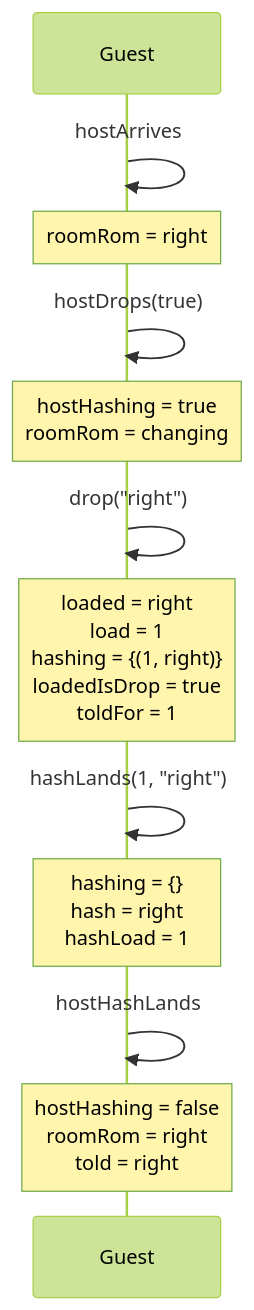
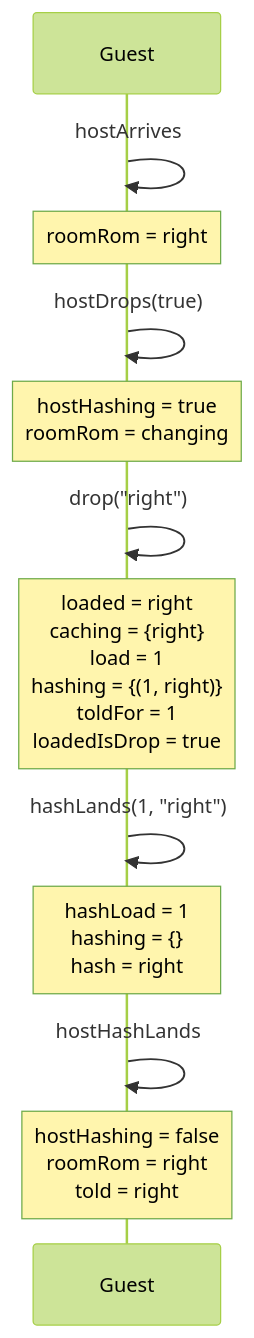
Before and after one commit to kwilson21/kaillera-next: diagram 24 of 27 in docs/spec-traces.md, drawn with Mermaid (forest theme). The commit also changed other lines of this file and 11 other files, not shown here.

````diff
--- a/docs/spec-traces.md
+++ b/docs/spec-traces.md
@@ -655,14 +655,14 @@
 ```mermaid
 sequenceDiagram
   participant Guest
   Guest->>Guest: hostArrives
   Note over Guest: roomRom = right
   Guest->>Guest: hostDrops(true)
   Note over Guest: hostHashing = true<br/>roomRom = changing
   Guest->>Guest: drop("right")
-  Note over Guest: loaded = right<br/>load = 1<br/>hashing = {(1, right)}<br/>loadedIsDrop = true<br/>toldFor = 1
+  Note over Guest: loaded = right<br/>caching = {right}<br/>load = 1<br/>hashing = {(1, right)}<br/>toldFor = 1<br/>loadedIsDrop = true
   Guest->>Guest: hashLands(1, "right")
-  Note over Guest: hashing = {}<br/>hash = right<br/>hashLoad = 1
+  Note over Guest: hashLoad = 1<br/>hashing = {}<br/>hash = right
   Guest->>Guest: hostHashLands
   Note over Guest: hostHashing = false<br/>roomRom = right<br/>told = right
 ```
````
